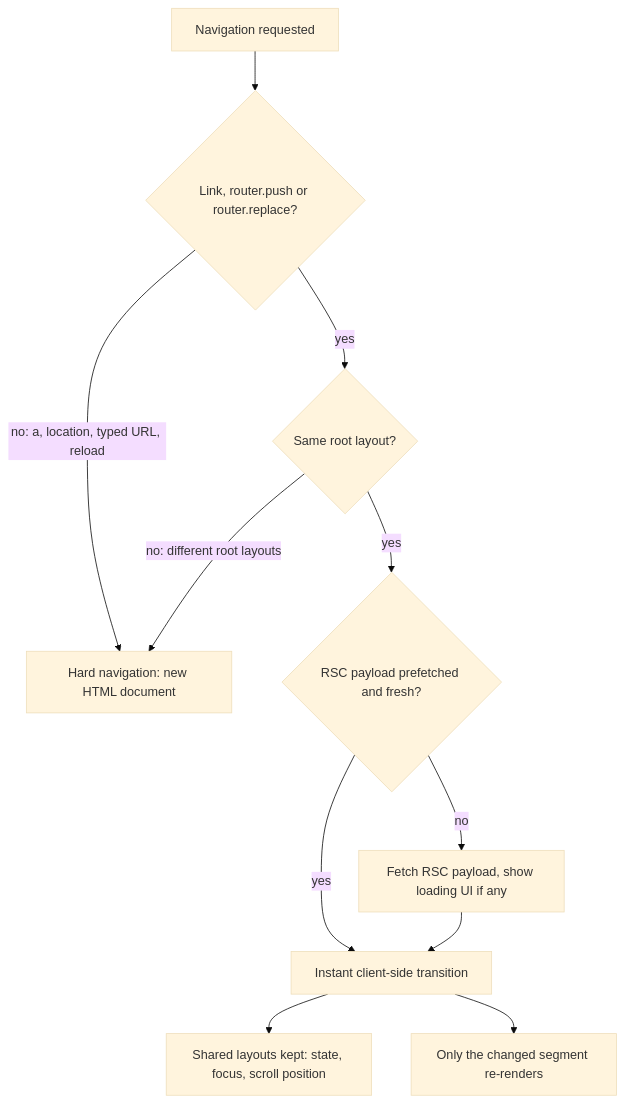
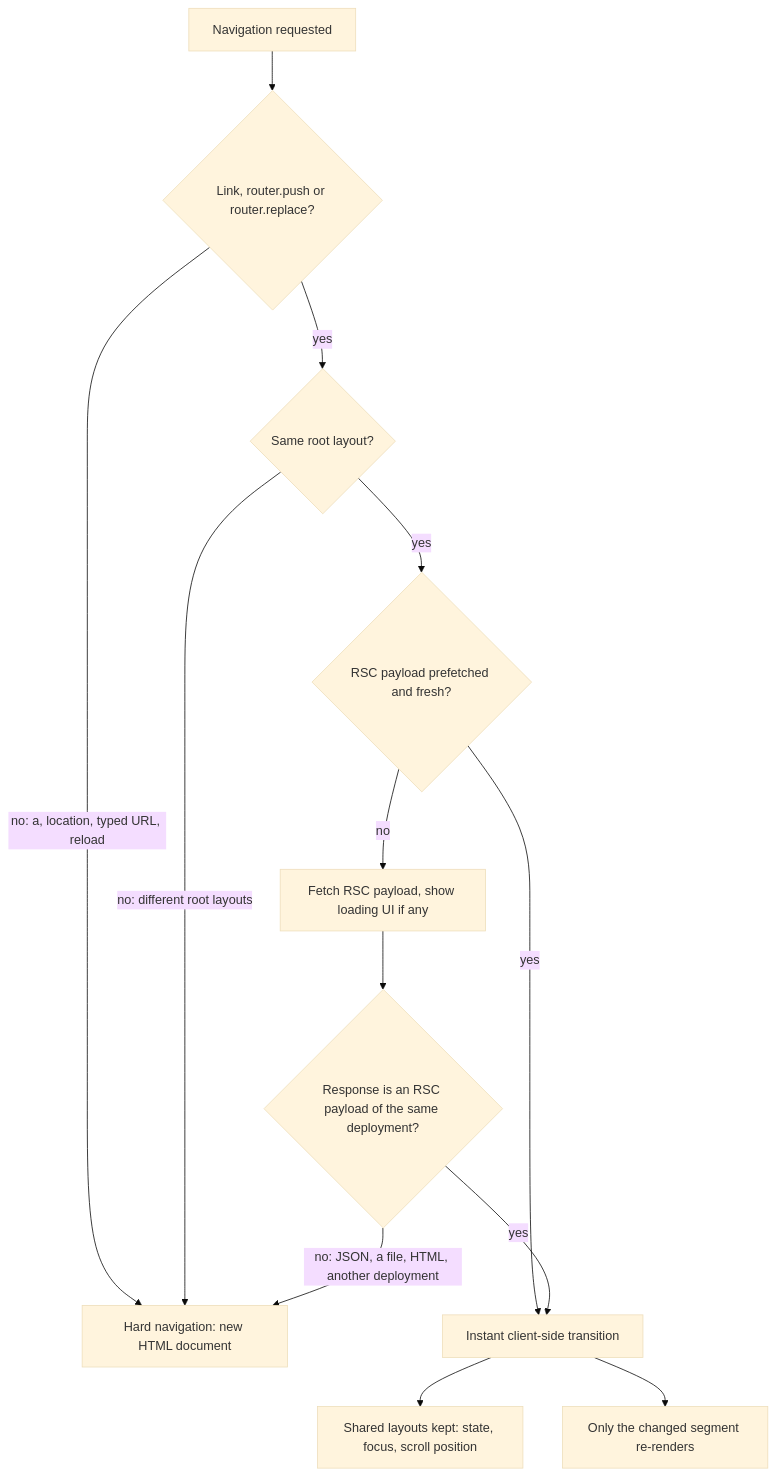
One commit to albertoirurueta/docs changed the fourth of 4 diagrams in modules/ROOT/pages/web/nextjs/routing-fundamentals.adoc. Above: the diagram before and after it, drawn with Mermaid (base theme). The commit also changed other lines of this file and 7 other files, not shown here.

```diff
--- a/modules/ROOT/pages/web/nextjs/routing-fundamentals.adoc
+++ b/modules/ROOT/pages/web/nextjs/routing-fundamentals.adoc
@@ -627,14 +1072,16 @@
 [mermaid]
 ....
 flowchart TD
   C["Navigation requested"] --> Q1{"Link, router.push or router.replace?"}
   Q1 -->|"no: a, location, typed URL, reload"| H["Hard navigation: new HTML document"]
   Q1 -->|yes| Q2{"Same root layout?"}
   Q2 -->|"no: different root layouts"| H
   Q2 -->|yes| Q3{"RSC payload prefetched and fresh?"}
   Q3 -->|yes| T["Instant client-side transition"]
   Q3 -->|no| F["Fetch RSC payload, show loading UI if any"]
-  F --> T
+  F --> Q4{"Response is an RSC payload of the same deployment?"}
+  Q4 -->|"no: JSON, a file, HTML, another deployment"| H
+  Q4 -->|yes| T
   T --> K["Shared layouts kept: state, focus, scroll position"]
   T --> N["Only the changed segment re-renders"]
 ....
```
